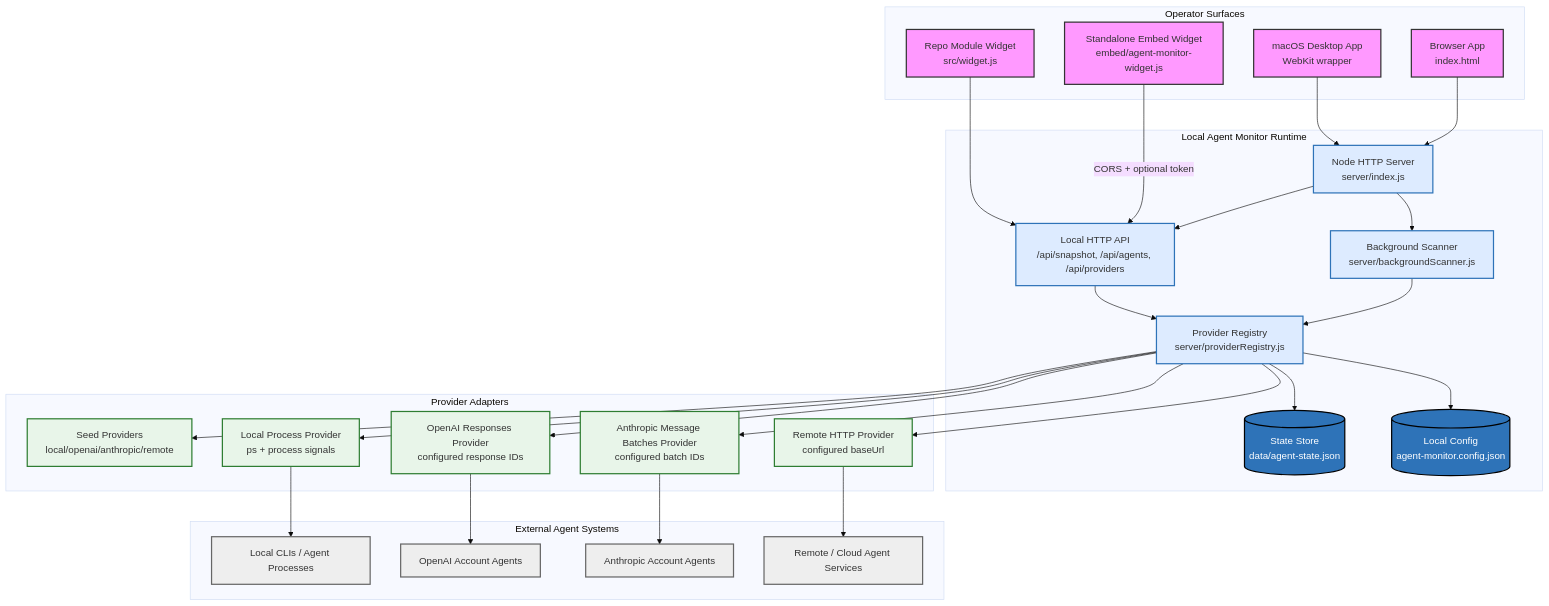
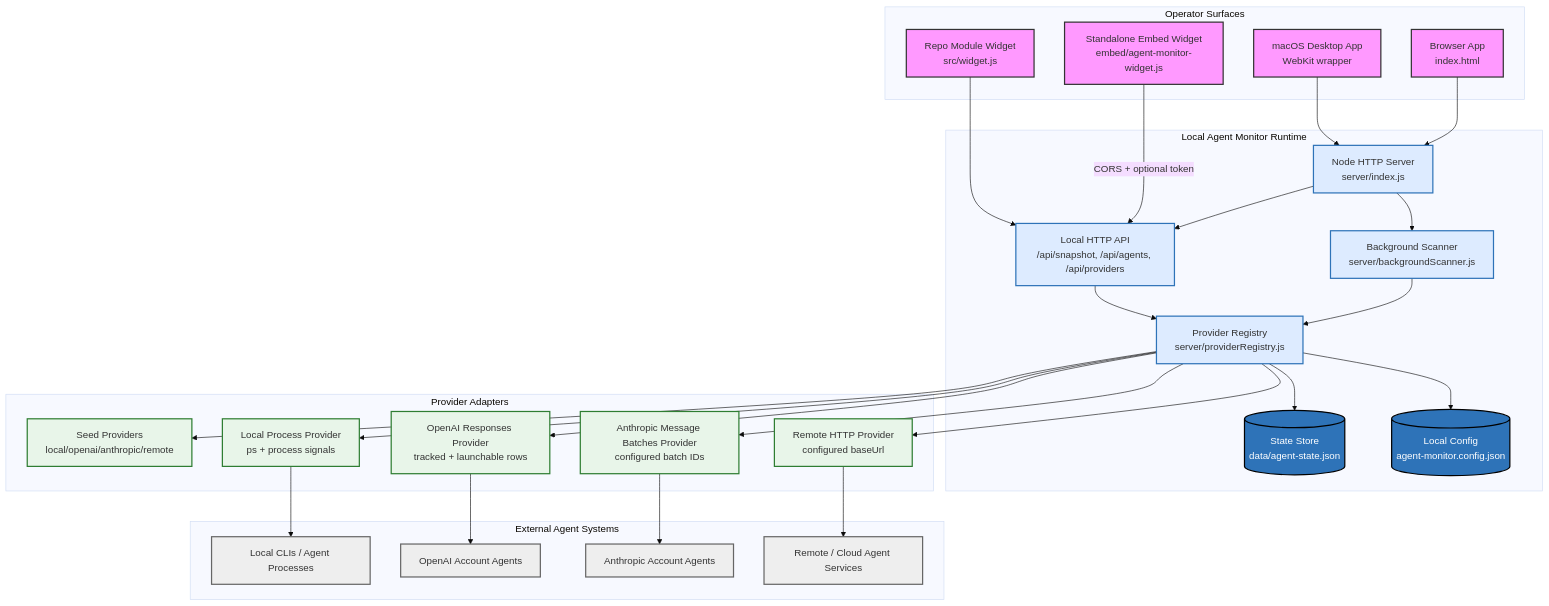
The first of 3 diagrams in project_design.md (NTitterton/agent-monitor), drawn with Mermaid (base theme) before and after one commit. The commit also changed 4 other files, not shown here.

Commit message:
Verify OpenAI response id persistence

````diff
--- a/project_design.md
+++ b/project_design.md
@@ -7,64 +7,64 @@
 ```mermaid
 graph TD
     subgraph "Operator Surfaces"
         Desktop["macOS Desktop App<br/>WebKit wrapper"]
         Browser["Browser App<br/>index.html"]
         ModuleWidget["Repo Module Widget<br/>src/widget.js"]
         StandaloneWidget["Standalone Embed Widget<br/>embed/agent-monitor-widget.js"]
     end
 
     subgraph "Local Agent Monitor Runtime"
         StaticServer["Node HTTP Server<br/>server/index.js"]
         API["Local HTTP API<br/>/api/snapshot, /api/agents, /api/providers"]
         Scanner["Background Scanner<br/>server/backgroundScanner.js"]
         Registry["Provider Registry<br/>server/providerRegistry.js"]
         StateStore[("State Store<br/>data/agent-state.json")]
         Config[("Local Config<br/>agent-monitor.config.json")]
     end
 
     subgraph "Provider Adapters"
         SeedProviders["Seed Providers<br/>local/openai/anthropic/remote"]
         LocalProcess["Local Process Provider<br/>ps + process signals"]
         RemoteHTTP["Remote HTTP Provider<br/>configured baseUrl"]
-        OpenAIResponses["OpenAI Responses Provider<br/>configured response IDs"]
+        OpenAIResponses["OpenAI Responses Provider<br/>tracked + launchable rows"]
         AnthropicBatches["Anthropic Message Batches Provider<br/>configured batch IDs"]
     end
 
     subgraph "External Agent Systems"
         LocalAgents["Local CLIs / Agent Processes"]
         OpenAI["OpenAI Account Agents"]
         Anthropic["Anthropic Account Agents"]
         CloudAgents["Remote / Cloud Agent Services"]
     end
 
     Desktop --> StaticServer
     Browser --> StaticServer
     ModuleWidget --> API
     StandaloneWidget -- "CORS + optional token" --> API
     StaticServer --> API
     StaticServer --> Scanner
     API --> Registry
     Scanner --> Registry
     Registry --> StateStore
     Registry --> Config
     Registry --> SeedProviders
     Registry --> LocalProcess
     Registry --> RemoteHTTP
     Registry --> OpenAIResponses
     Registry --> AnthropicBatches
     LocalProcess --> LocalAgents
     RemoteHTTP --> CloudAgents
     OpenAIResponses --> OpenAI
     AnthropicBatches --> Anthropic
 
     classDef surface fill:#f9f,stroke:#333,stroke-width:2px;
     classDef runtime fill:#DDEBFF,stroke:#2E73B8,stroke-width:2px;
     classDef store fill:#2E73B8,stroke:#000,stroke-width:2px,color:#fff;
     classDef provider fill:#E8F5E9,stroke:#2E7D32,stroke-width:2px;
     classDef external fill:#EEE,stroke:#666,stroke-width:2px;
     class Desktop,Browser,ModuleWidget,StandaloneWidget surface;
     class StaticServer,API,Scanner,Registry runtime;
     class StateStore,Config store;
     class SeedProviders,LocalProcess,RemoteHTTP,OpenAIResponses,AnthropicBatches provider;
     class LocalAgents,OpenAI,Anthropic,CloudAgents external;
 ```
````
